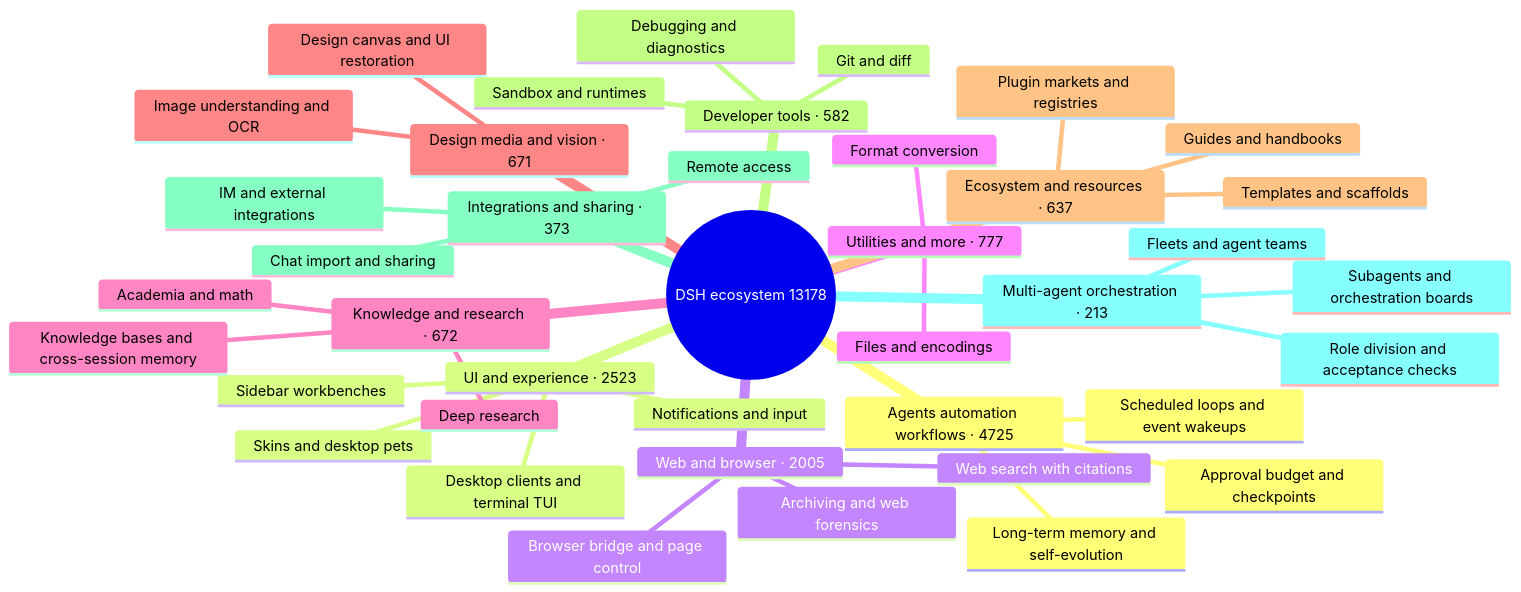
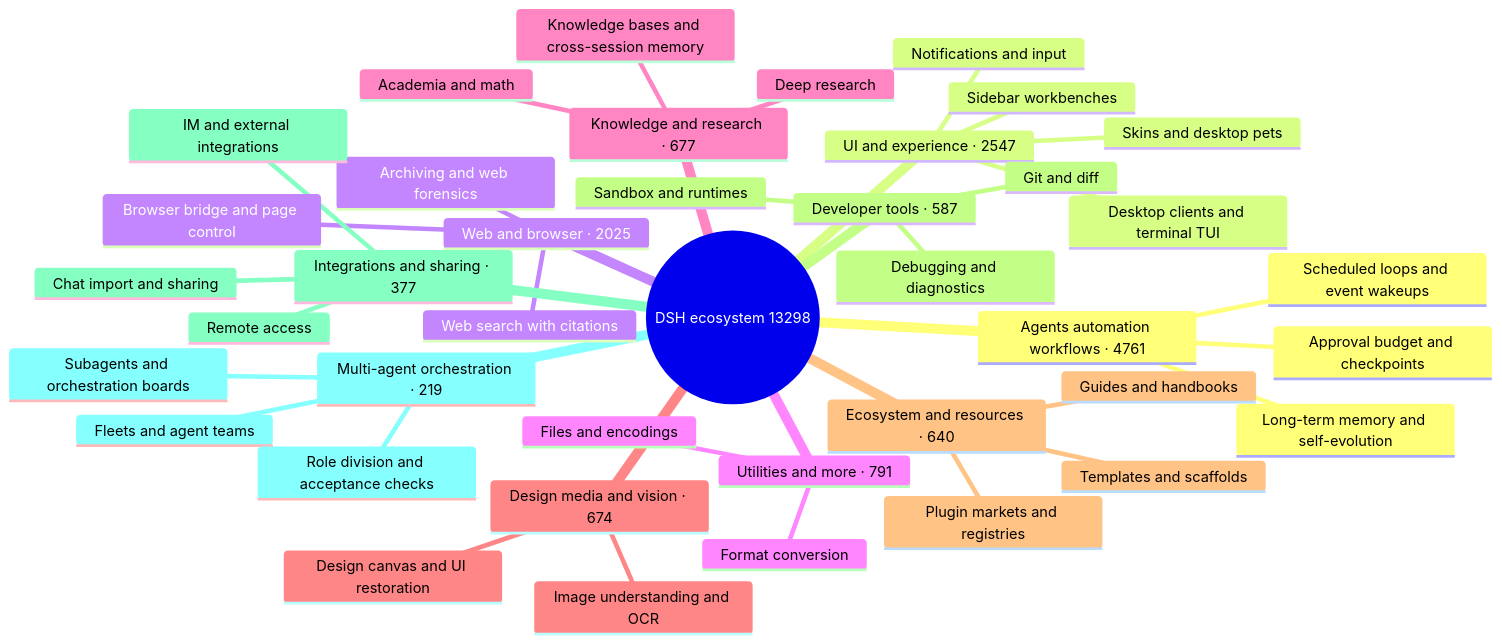
One commit to BOWLUNA/awesome-dsh-plugin changed the diagram in README_EN.md. Above: the diagram before and after it, drawn with Mermaid. The commit also changed other lines of this file and 21 other files, not shown here.

````diff
--- a/README_EN.md
+++ b/README_EN.md
@@ -33,43 +33,43 @@
 ```mermaid
 mindmap
-  root((DSH ecosystem 13178))
-    Agents automation workflows · 4725
+  root((DSH ecosystem 13298))
+    Agents automation workflows · 4761
       Scheduled loops and event wakeups
       Long-term memory and self-evolution
       Approval budget and checkpoints
-    UI and experience · 2523
+    UI and experience · 2547
       Desktop clients and terminal TUI
       Sidebar workbenches
       Skins and desktop pets
       Notifications and input
-    Web and browser · 2005
+    Web and browser · 2025
       Browser bridge and page control
       Web search with citations
       Archiving and web forensics
-    Utilities and more · 777
+    Utilities and more · 791
       Files and encodings
       Format conversion
-    Knowledge and research · 672
+    Knowledge and research · 677
       Knowledge bases and cross-session memory
       Deep research
       Academia and math
-    Design media and vision · 671
+    Design media and vision · 674
       Image understanding and OCR
       Design canvas and UI restoration
-    Ecosystem and resources · 637
+    Ecosystem and resources · 640
       Plugin markets and registries
       Templates and scaffolds
       Guides and handbooks
-    Developer tools · 582
+    Developer tools · 587
       Git and diff
       Sandbox and runtimes
       Debugging and diagnostics
-    Integrations and sharing · 373
+    Integrations and sharing · 377
       Chat import and sharing
       Remote access
       IM and external integrations
-    Multi-agent orchestration · 213
+    Multi-agent orchestration · 219
       Subagents and orchestration boards
       Fleets and agent teams
       Role division and acceptance checks
 ```
````
